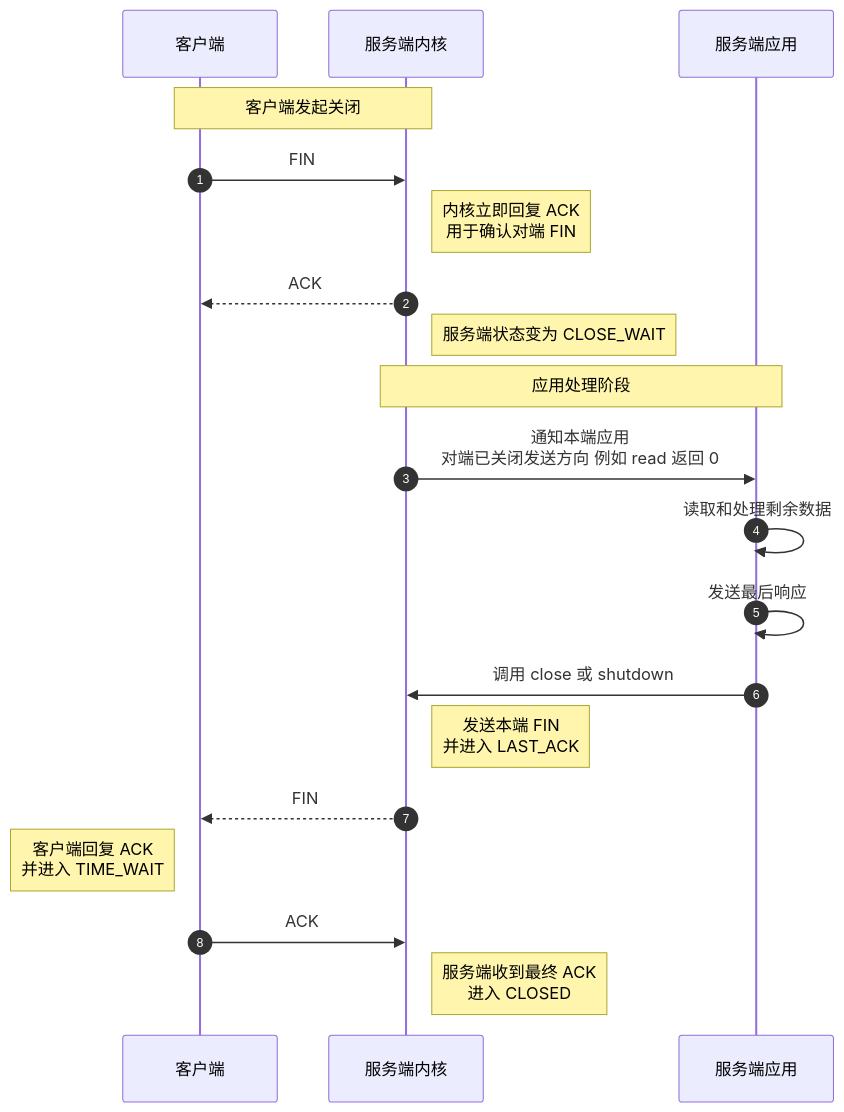
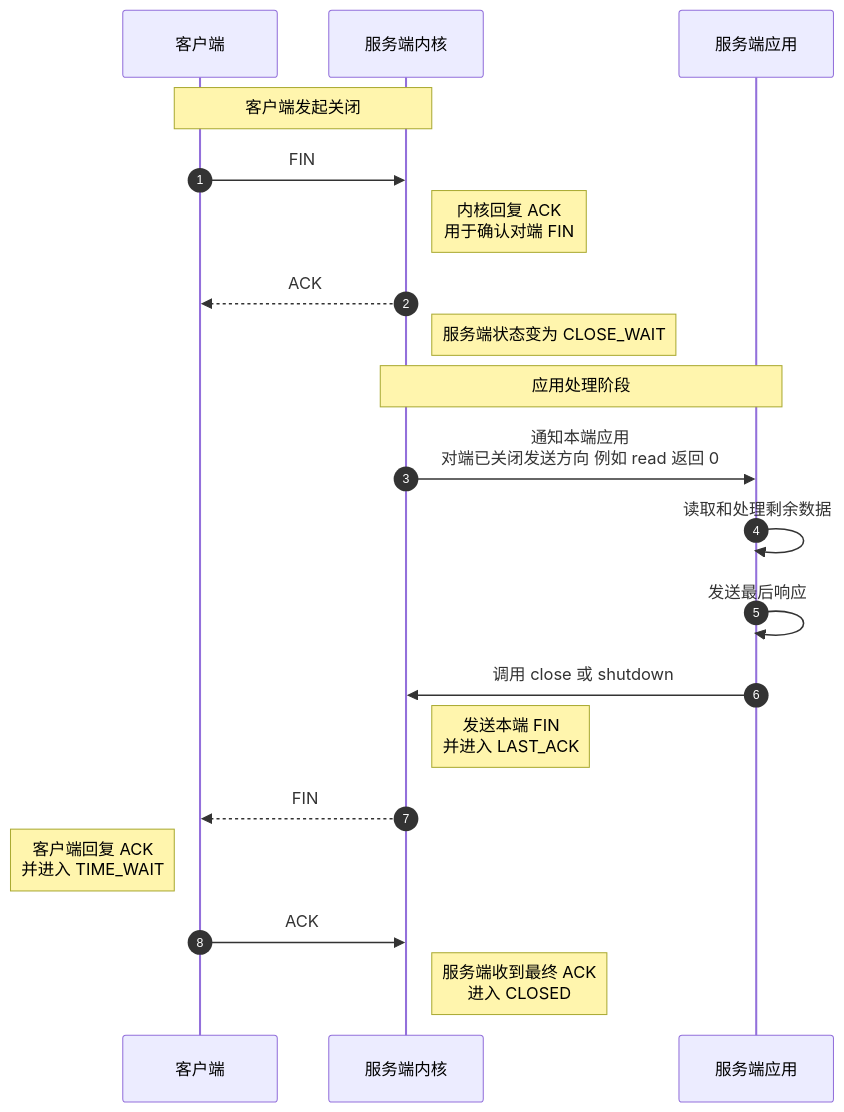
Before and after one commit to Snailclimb/JavaGuide: the fourth of 5 diagrams in docs/cs-basics/network/tcp-connection-and-disconnection.md, drawn with Mermaid. The commit also changed other lines of this file and 5 other files, not shown here.

````diff
--- a/docs/cs-basics/network/tcp-connection-and-disconnection.md
+++ b/docs/cs-basics/network/tcp-connection-and-disconnection.md
@@ -228,25 +231,25 @@
 ```mermaid
 sequenceDiagram
   autonumber
   participant C as 客户端
   participant K as 服务端内核
   participant A as 服务端应用
 
   Note over C,K: 客户端发起关闭
   C->>K: FIN
-  Note right of K: 内核立即回复 ACK<br/>用于确认对端 FIN
+  Note right of K: 内核回复 ACK<br/>用于确认对端 FIN
   K-->>C: ACK
   Note right of K: 服务端状态变为 CLOSE_WAIT
 
   Note over K,A: 应用处理阶段
   K->>A: 通知本端应用<br/>对端已关闭发送方向 例如 read 返回 0
   A->>A: 读取和处理剩余数据
   A->>A: 发送最后响应
   A->>K: 调用 close 或 shutdown
 
   Note right of K: 发送本端 FIN<br/>并进入 LAST_ACK
   K-->>C: FIN
   Note left of C: 客户端回复 ACK<br/>并进入 TIME_WAIT
   C->>K: ACK
   Note right of K: 服务端收到最终 ACK<br/>进入 CLOSED
 ```
````
